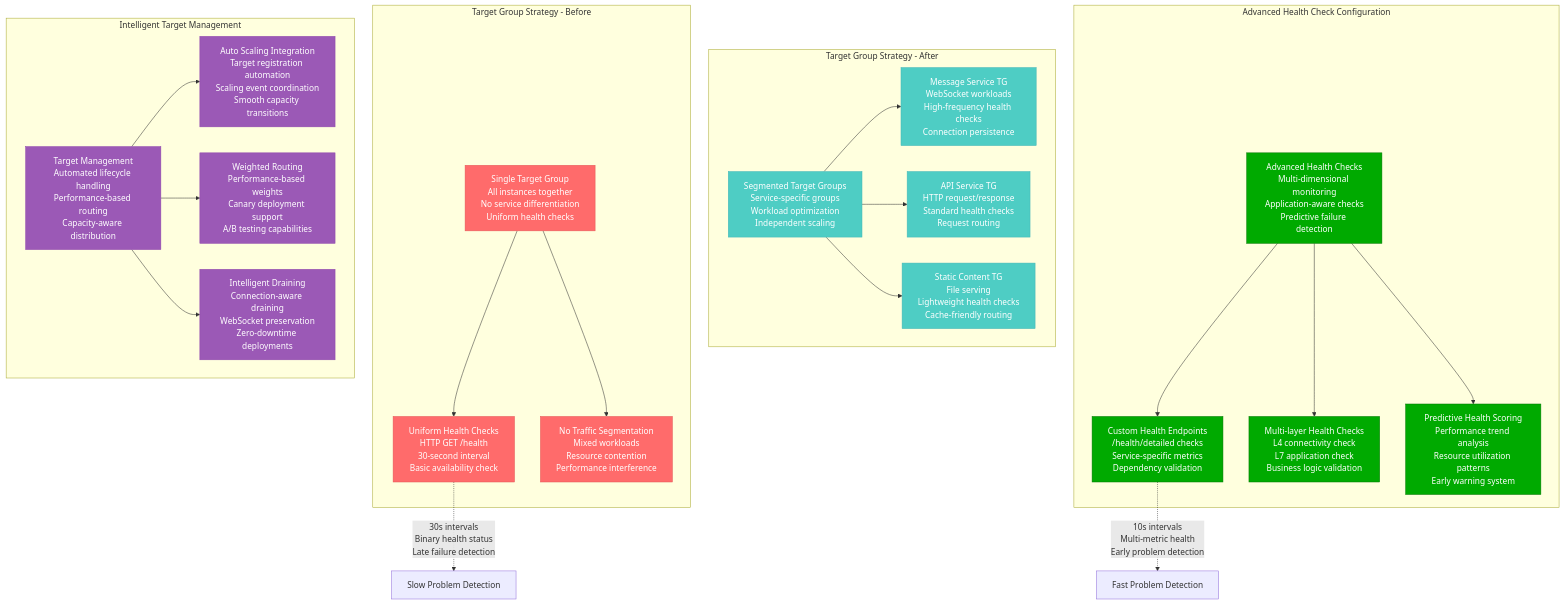
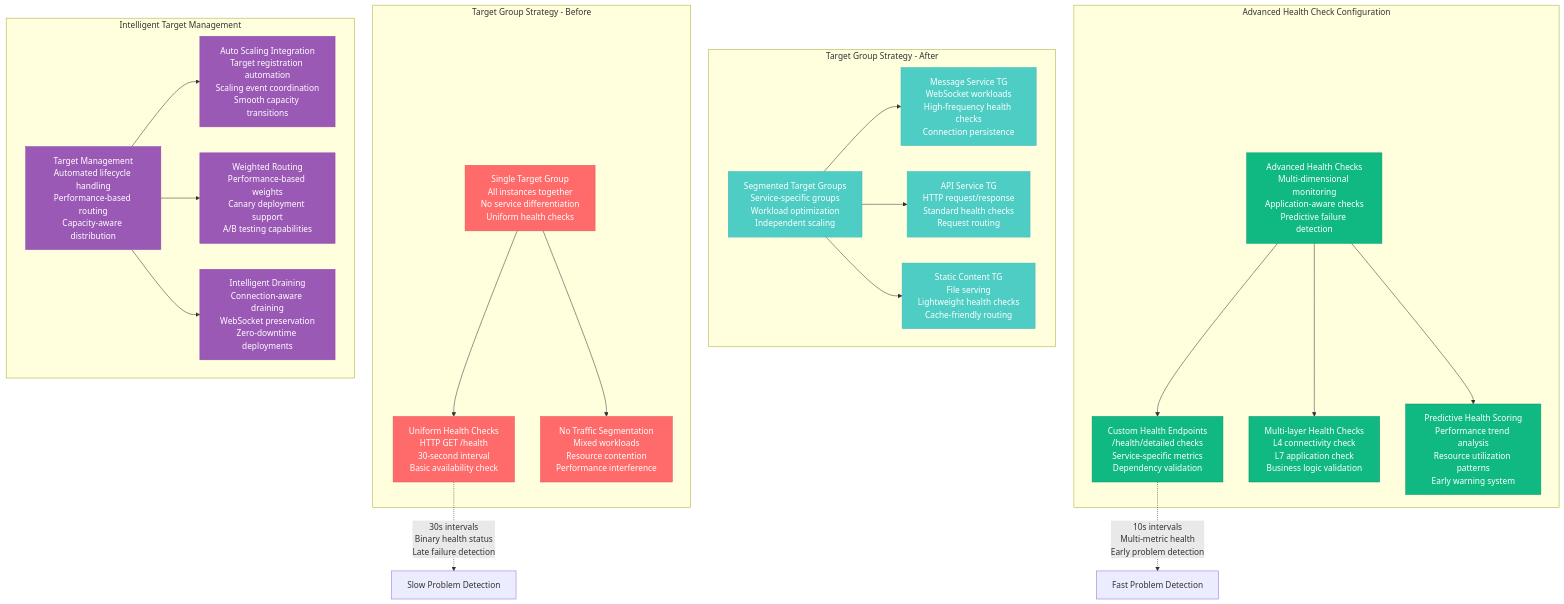
The fourth of 5 diagrams in site/docs/performance/aws-alb-optimization.md (deepaucksharma/DS), drawn with Mermaid before and after one commit. The commit also changed other lines of this file and 303 other files, not shown here.

````diff
--- a/site/docs/performance/aws-alb-optimization.md
+++ b/site/docs/performance/aws-alb-optimization.md
@@ -156,44 +156,44 @@
 ```mermaid
 graph TB
     subgraph "Target Group Strategy - Before"
         SimpleTargets[Single Target Group<br/>All instances together<br/>No service differentiation<br/>Uniform health checks]
         SimpleTargets --> UniformHealth[Uniform Health Checks<br/>HTTP GET /health<br/>30-second interval<br/>Basic availability check]
         SimpleTargets --> NoSegmentation[No Traffic Segmentation<br/>Mixed workloads<br/>Resource contention<br/>Performance interference]
     end
 
     subgraph "Target Group Strategy - After"
         SegmentedTargets[Segmented Target Groups<br/>Service-specific groups<br/>Workload optimization<br/>Independent scaling]
         SegmentedTargets --> MessageTG[Message Service TG<br/>WebSocket workloads<br/>High-frequency health checks<br/>Connection persistence]
         SegmentedTargets --> APITG[API Service TG<br/>HTTP request/response<br/>Standard health checks<br/>Request routing]
         SegmentedTargets --> StaticTG[Static Content TG<br/>File serving<br/>Lightweight health checks<br/>Cache-friendly routing]
     end
 
     subgraph "Advanced Health Check Configuration"
         AdvancedHealth[Advanced Health Checks<br/>Multi-dimensional monitoring<br/>Application-aware checks<br/>Predictive failure detection]
         AdvancedHealth --> CustomEndpoints[Custom Health Endpoints<br/>/health/detailed checks<br/>Service-specific metrics<br/>Dependency validation]
         AdvancedHealth --> MultilayerCheck[Multi-layer Health Checks<br/>L4 connectivity check<br/>L7 application check<br/>Business logic validation]
         AdvancedHealth --> PredictiveHealth[Predictive Health Scoring<br/>Performance trend analysis<br/>Resource utilization patterns<br/>Early warning system]
     end
 
     subgraph "Intelligent Target Management"
         TargetMgmt[Target Management<br/>Automated lifecycle handling<br/>Performance-based routing<br/>Capacity-aware distribution]
         TargetMgmt --> AutoScaling[Auto Scaling Integration<br/>Target registration automation<br/>Scaling event coordination<br/>Smooth capacity transitions]
         TargetMgmt --> WeightedRouting[Weighted Routing<br/>Performance-based weights<br/>Canary deployment support<br/>A/B testing capabilities]
         TargetMgmt --> DrainingLogic[Intelligent Draining<br/>Connection-aware draining<br/>WebSocket preservation<br/>Zero-downtime deployments]
     end
 
     %% Health check effectiveness
     UniformHealth -.->|"30s intervals<br/>Binary health status<br/>Late failure detection"| SlowDetection[Slow Problem Detection]
     CustomEndpoints -.->|"10s intervals<br/>Multi-metric health<br/>Early problem detection"| FastDetection[Fast Problem Detection]
 
     %% Apply styles
     classDef beforeStyle fill:#FF6B6B,stroke:#E55555,color:#fff
     classDef afterStyle fill:#4ECDC4,stroke:#45B7B8,color:#fff
-    classDef healthStyle fill:#00AA00,stroke:#007700,color:#fff
+    classDef healthStyle fill:#10B981,stroke:#059669,color:#fff
     classDef managementStyle fill:#9B59B6,stroke:#8E44AD,color:#fff
 
     class SimpleTargets,UniformHealth,NoSegmentation beforeStyle
     class SegmentedTargets,MessageTG,APITG,StaticTG afterStyle
     class AdvancedHealth,CustomEndpoints,MultilayerCheck,PredictiveHealth healthStyle
     class TargetMgmt,AutoScaling,WeightedRouting,DrainingLogic managementStyle
 ```
````
